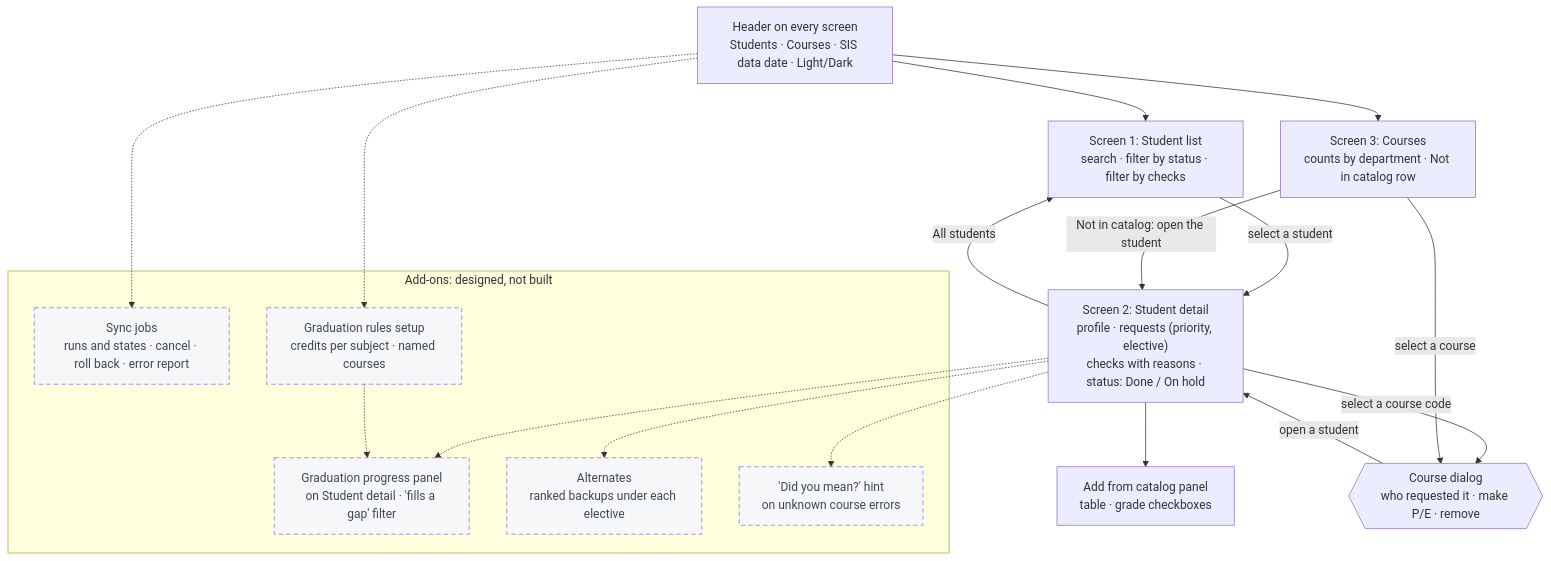
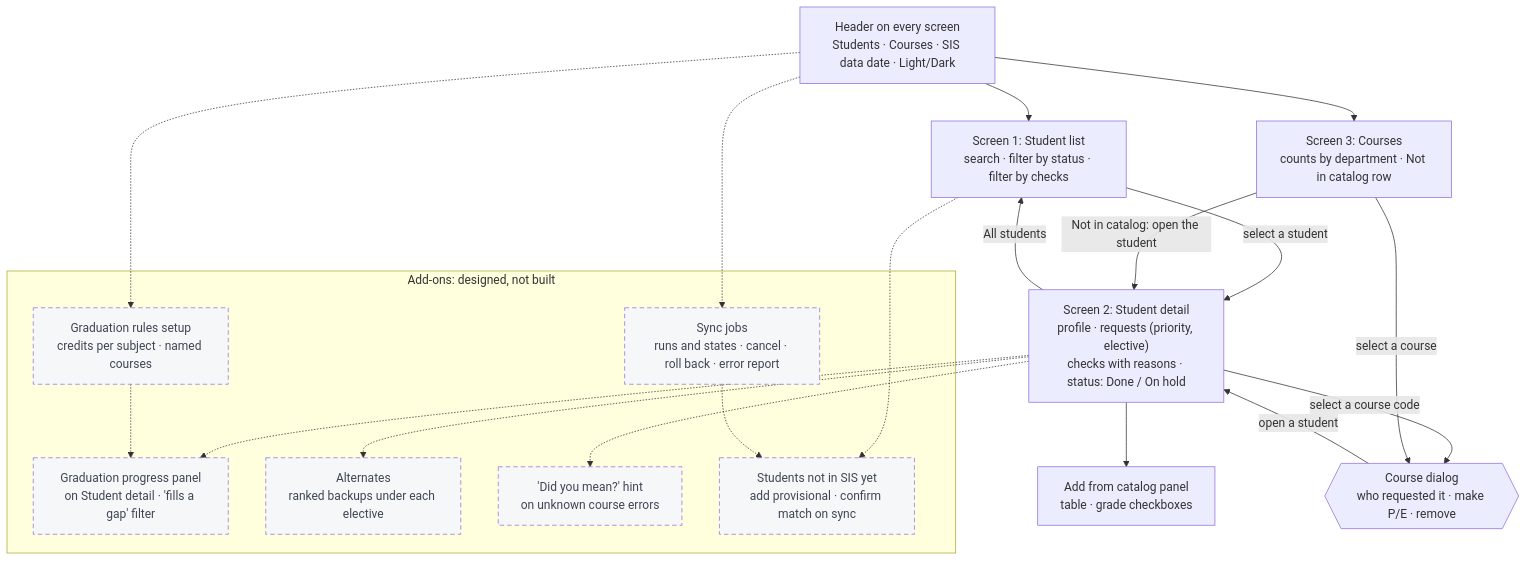
The diagram in docs/design/site-map.md (stephenmayer/CourseManager), drawn with Mermaid before and after one commit. The commit also changed other lines of this file and 7 other files, not shown here.

First line of the commit message:
Log Q17: provisional students for SIS-missing transfers, add-on design

````diff
--- a/docs/design/site-map.md
+++ b/docs/design/site-map.md
@@ -15,34 +15,37 @@
 ```mermaid
 flowchart TD
     H["Header on every screen<br/>Students · Courses · SIS data date · Light/Dark"]
 
     H --> SL["Screen 1: Student list<br/>search · filter by status · filter by checks"]
     H --> CO["Screen 3: Courses<br/>counts by department · Not in catalog row"]
 
     SL -- "select a student" --> SD["Screen 2: Student detail<br/>profile · requests (priority, elective)<br/>checks with reasons · status: Done / On hold"]
     SD -- "All students" --> SL
 
     SD --> CAT["Add from catalog panel<br/>table · grade checkboxes"]
     SD -- "select a course code" --> CD{{"Course dialog<br/>who requested it · make P/E · remove"}}
     CO -- "select a course" --> CD
     CD -- "open a student" --> SD
     CO -- "Not in catalog: open the student" --> SD
 
     subgraph addons["Add-ons: designed, not built"]
         JOBS["Sync jobs<br/>runs and states · cancel · roll back · error report"]
         RULES["Graduation rules setup<br/>credits per subject · named courses"]
         GP["Graduation progress panel<br/>on Student detail · 'fills a gap' filter"]
         ALT["Alternates<br/>ranked backups under each elective"]
         DYM["'Did you mean?' hint<br/>on unknown course errors"]
+        PROV["Students not in SIS yet<br/>add provisional · confirm match on sync"]
     end
 
     H -.-> JOBS
     H -.-> RULES
     SD -.-> GP
     SD -.-> ALT
     SD -.-> DYM
     RULES -.-> GP
+    SL -.-> PROV
+    JOBS -.-> PROV
 
     classDef addon stroke-dasharray: 6 4,fill:#F6F7F9,color:#3F4652;
-    class JOBS,RULES,GP,ALT,DYM addon;
+    class JOBS,RULES,GP,ALT,DYM,PROV addon;
 ```
````
